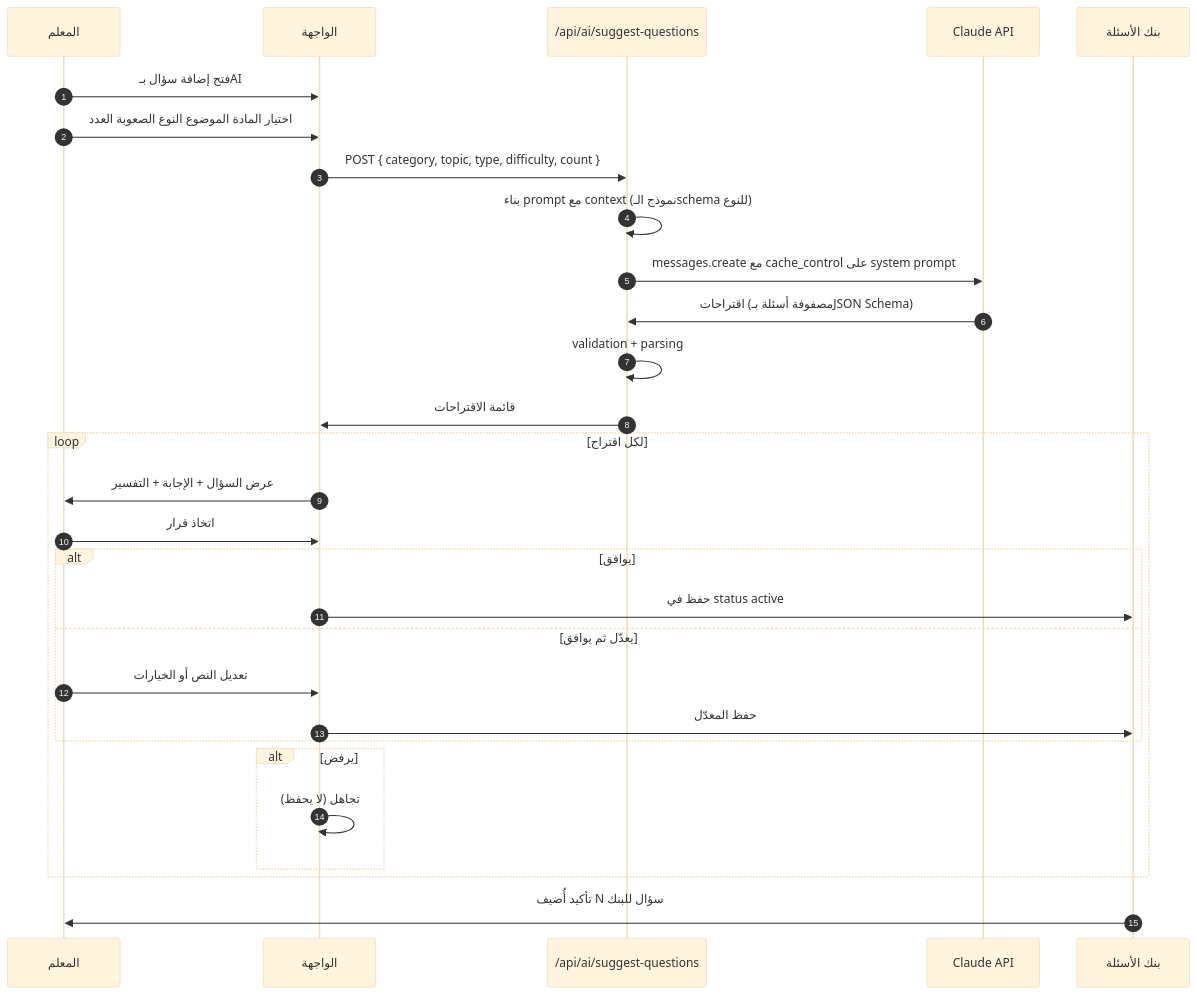
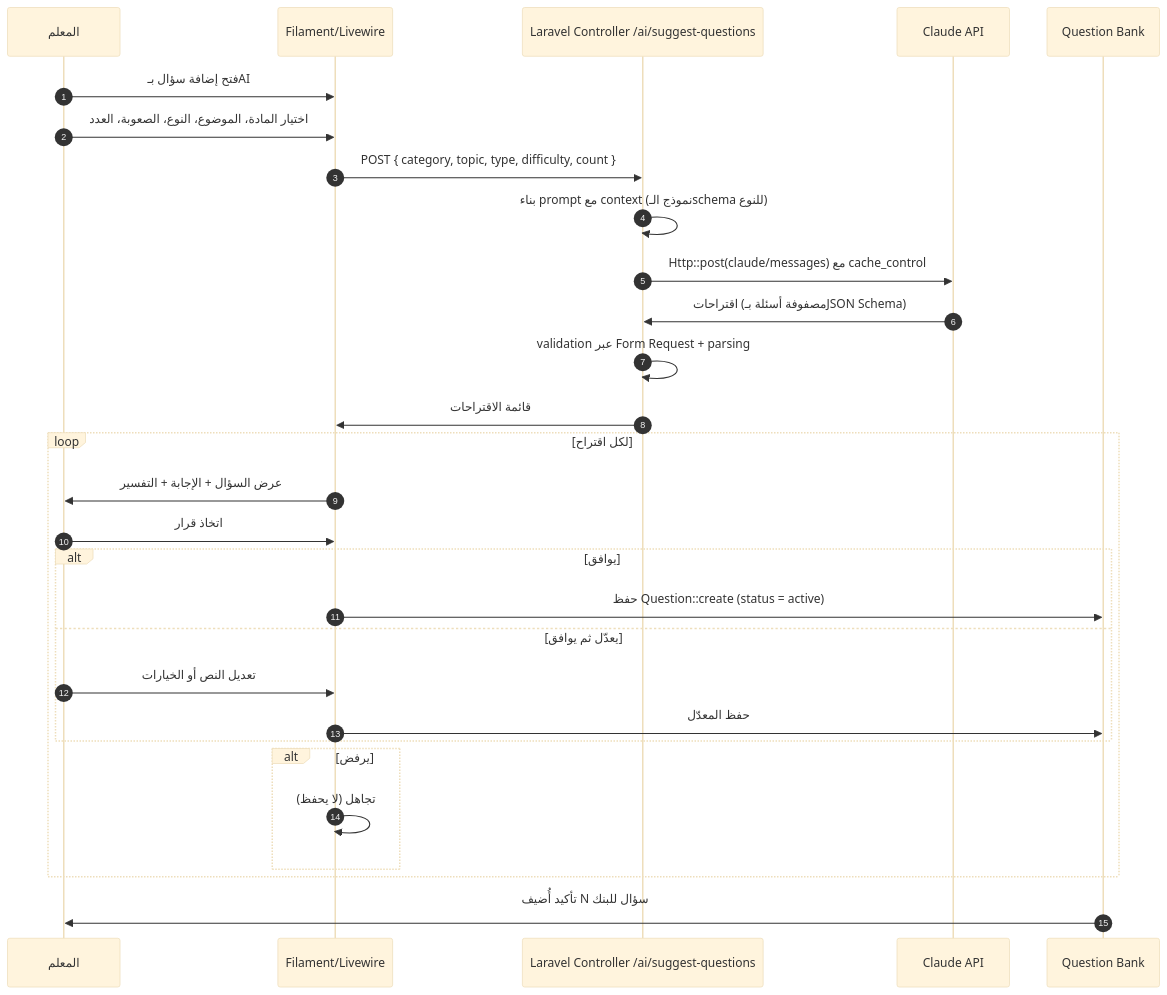
Before and after one commit to alharbib902-del/technical-handover: diagram 18 of 18 in مسودات-الوكلاء/الجزء-02-الموديولات-والمنطق-التجاري.md, drawn with Mermaid (base theme). The commit also changed other lines of this file and 22 other files, not shown here.

First line of the commit message:
feat: switch tech stack to Laravel 11 + Filament 3 (replacing Next.js + Supabase)

````diff
--- a/مسودات-الوكلاء/الجزء-02-الموديولات-والمنطق-التجاري.md
+++ b/مسودات-الوكلاء/الجزء-02-الموديولات-والمنطق-التجاري.md
@@ -2916,32 +3630,32 @@
 ```mermaid
 sequenceDiagram
     autonumber
     participant T as المعلم
-    participant UI as الواجهة
-    participant API as /api/ai/suggest-questions
+    participant UI as Filament/Livewire
+    participant API as Laravel Controller /ai/suggest-questions
     participant CL as Claude API
-    participant QB as بنك الأسئلة
+    participant QB as Question Bank
 
     T->>UI: فتح إضافة سؤال بـAI
-    T->>UI: اختيار المادة الموضوع النوع الصعوبة العدد
+    T->>UI: اختيار المادة، الموضوع، النوع، الصعوبة، العدد
     UI->>API: POST { category, topic, type, difficulty, count }
     API->>API: بناء prompt مع context (نموذج الـschema للنوع)
-    API->>CL: messages.create مع cache_control على system prompt
+    API->>CL: Http::post(claude/messages) مع cache_control
     CL->>API: اقتراحات (مصفوفة أسئلة بـJSON Schema)
-    API->>API: validation + parsing
+    API->>API: validation عبر Form Request + parsing
     API->>UI: قائمة الاقتراحات
     loop لكل اقتراح
         UI->>T: عرض السؤال + الإجابة + التفسير
         T->>UI: اتخاذ قرار
         alt يوافق
-            UI->>QB: حفظ في status active
+            UI->>QB: حفظ Question::create (status = active)
         else يعدّل ثم يوافق
             T->>UI: تعديل النص أو الخيارات
             UI->>QB: حفظ المعدّل
         end
         alt يرفض
             UI->>UI: تجاهل (لا يحفظ)
         end
     end
     QB->>T: تأكيد أُضيف N سؤال للبنك
 ```
````
